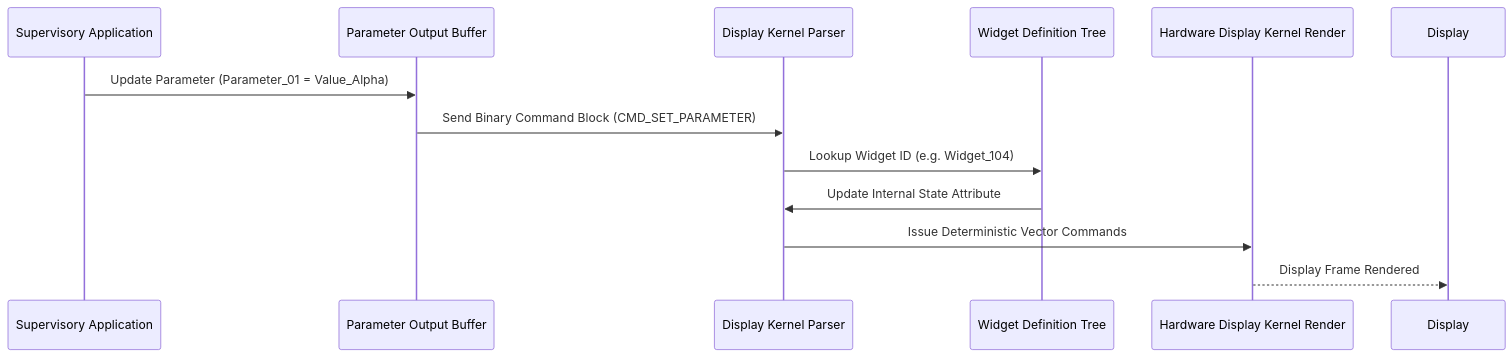
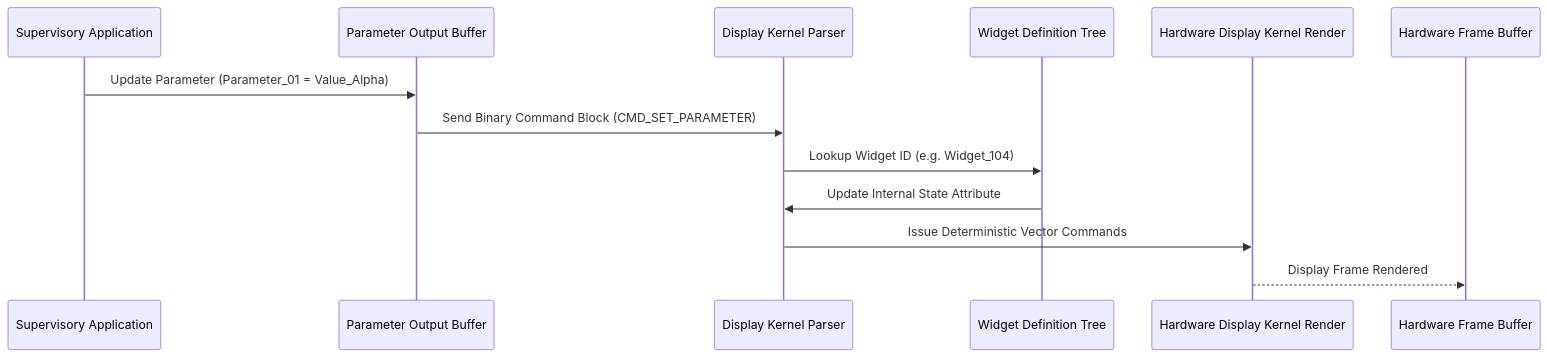
One commit to gintatkinson/DEAP01-spec-core changed the third of 6 diagrams in docs/architecture/blueprints/SAFETY_CRITICAL_REALTIME_UI_FRAMEWORK.md. Above: the diagram before and after it, drawn with Mermaid. The commit also changed other lines of this file and 28 other files, not shown here.

````diff
--- a/docs/architecture/blueprints/SAFETY_CRITICAL_REALTIME_UI_FRAMEWORK.md
+++ b/docs/architecture/blueprints/SAFETY_CRITICAL_REALTIME_UI_FRAMEWORK.md
@@ -114,15 +121,16 @@
 ```mermaid
 sequenceDiagram
     participant App as Supervisory Application
     participant Buffer as Parameter Output Buffer
     participant Kernel as Display Kernel Parser
     participant DF as Widget Definition Tree
     participant GPU as Hardware Display Kernel Render
+    participant Display as Hardware Frame Buffer
 
     App->>Buffer: Update Parameter (Parameter_01 = Value_Alpha)
     Buffer->>Kernel: Send Binary Command Block (CMD_SET_PARAMETER)
     Kernel->>DF: Lookup Widget ID (e.g. Widget_104)
     DF->>Kernel: Update Internal State Attribute
     Kernel->>GPU: Issue Deterministic Vector Commands
     GPU-->>Display: Display Frame Rendered
 ```
````
